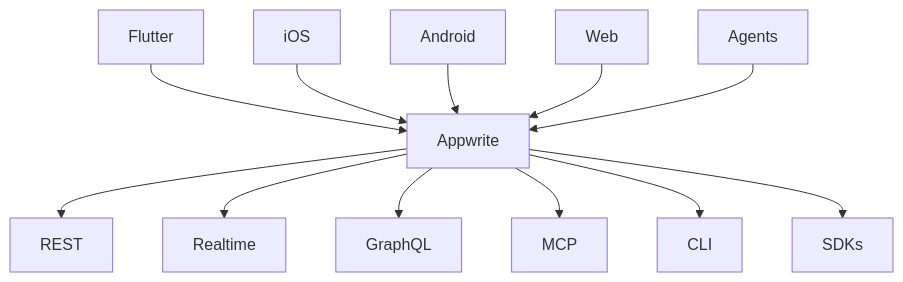
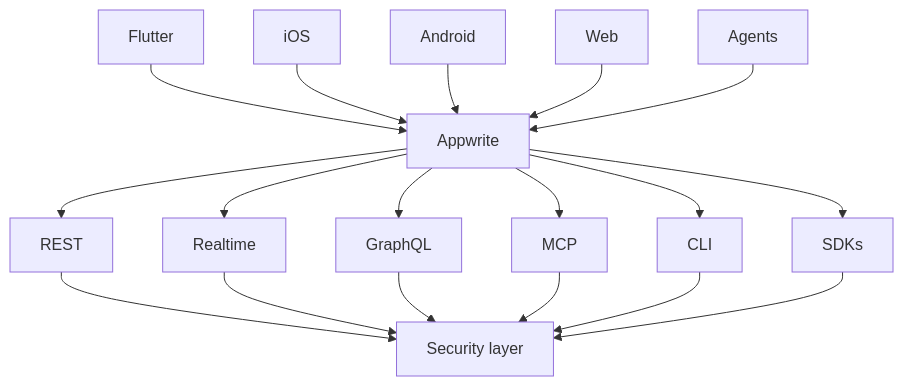
The diagram in README-CN.md (appwrite/appwrite), drawn with Mermaid before and after one commit. The commit also changed 1 other file, not shown here.

Commit message:
docs: add Security layer under the API row

````diff
--- a/README-CN.md
+++ b/README-CN.md
@@ -215,5 +215,6 @@
 ```mermaid
 flowchart TB
   Flutter & iOS & Android & Web & Agents --> Appwrite
   Appwrite --> REST & Realtime & GraphQL & MCP & CLI & SDKs
+  REST & Realtime & GraphQL & MCP & CLI & SDKs --> securityLayer[Security layer]
 ```
````
